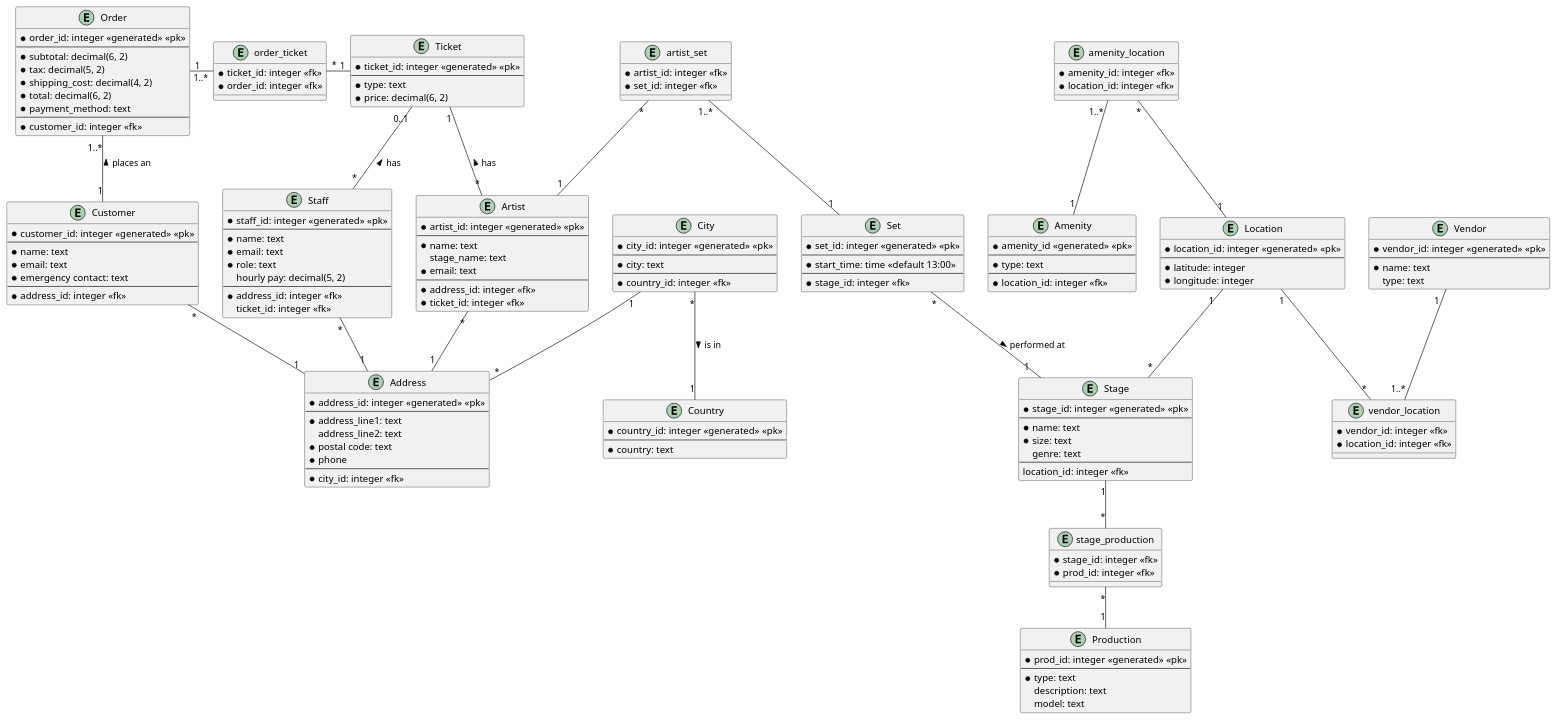
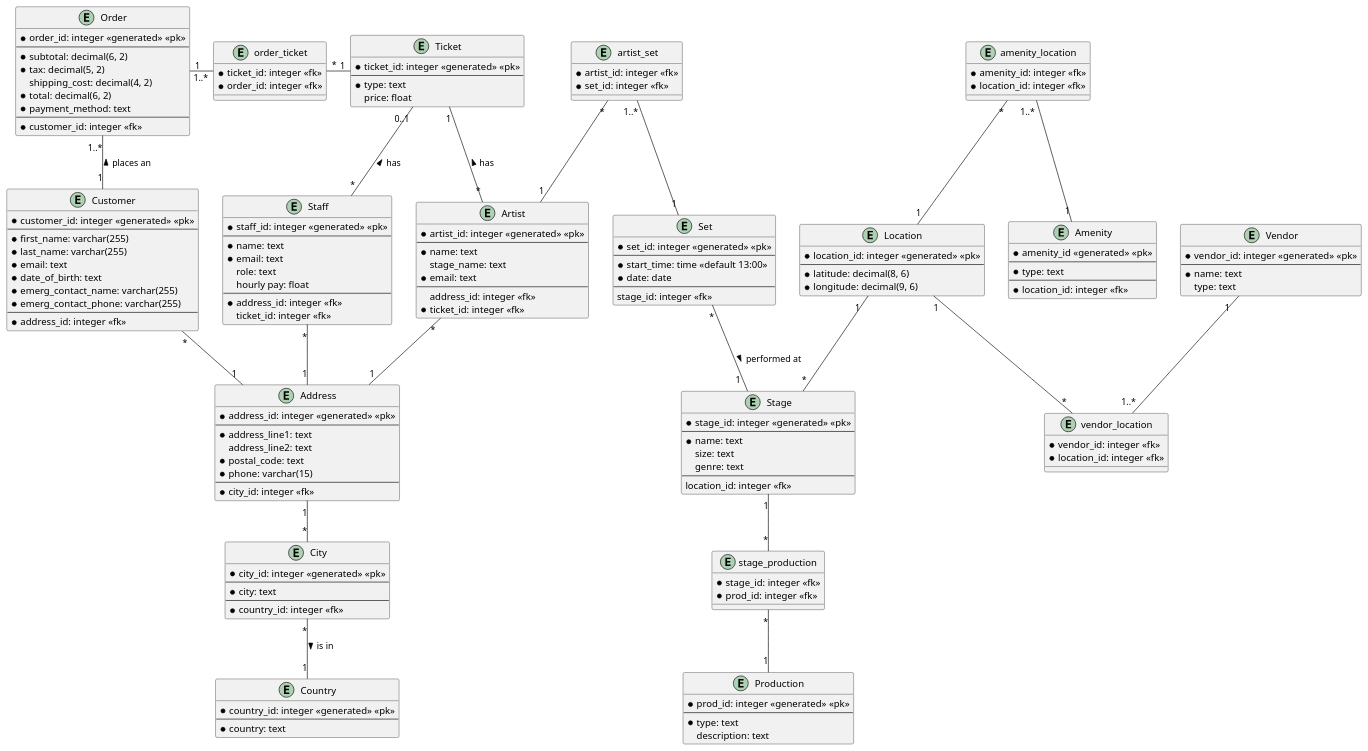
The diagram in physical_2395018_1887026.md (tristandasilva/cosmic_queries), drawn with PlantUML before and after one commit. The commit also changed other lines of this file and 1 other file, not shown here.

Commit message:
Modifications to physical diagram, addition of create file

```diff
--- a/physical_2395018_1887026.md
+++ b/physical_2395018_1887026.md
@@ -12,7 +5,7 @@
     * ticket_id: integer <<generated>> <<pk>>
     --
     * type: text
-    * price: decimal(6, 2)
+    price: float
 }
 
 entity Order {
@@ -20,7 +13,7 @@
     --
     * subtotal: decimal(6, 2)
     * tax: decimal(5, 2)
-    * shipping_cost: decimal(4, 2)
+    shipping_cost: decimal(4, 2)
     * total: decimal(6, 2)
     * payment_method: text
     --
@@ -35,9 +28,12 @@
 entity Customer {
     * customer_id: integer <<generated>> <<pk>>
     --
-    * name: text
+    * first_name: varchar(255)
+    * last_name: varchar(255)
     * email: text
-    * emergency contact: text
+    * date_of_birth: text
+    * emerg_contact_name: varchar(255)
+    * emerg_contact_phone: varchar(255)
     --
     * address_id: integer <<fk>>
 }
@@ -47,8 +43,8 @@
     --
     * name: text
     * email: text
-    * role: text
-    hourly pay: decimal(5, 2)
+    role: text
+    hourly pay: float
     --
     * address_id: integer <<fk>>
     ticket_id: integer <<fk>>
@@ -58,7 +54,7 @@
     * stage_id: integer <<generated>> <<pk>>
     --
     * name: text
-    * size: text
+    size: text
     genre: text
     --
     location_id: integer <<fk>>
@@ -76,8 +72,8 @@
     --
     * address_line1: text
     address_line2: text
-    * postal code: text
-    * phone
+    * postal_code: text
+    * phone: varchar(15)
     --
     * city_id: integer <<fk>>
 }
@@ -99,8 +95,8 @@
 entity Location {
     * location_id: integer <<generated>> <<pk>>
     --
-    * latitude: integer
-    * longitude: integer
+    * latitude: decimal(8, 6)
+    * longitude: decimal(9, 6)
 }
 
 entity Amenity {
@@ -125,8 +121,9 @@
     * set_id: integer <<generated>> <<pk>>
     --
     * start_time: time <<default 13:00>>
+    * date: date
     --
-    * stage_id: integer <<fk>>
+    stage_id: integer <<fk>>
 }
 
 entity Artist {
@@ -136,7 +133,7 @@
     stage_name: text
     * email: text
     --
-    * address_id: integer <<fk>>
+    address_id: integer <<fk>>
     * ticket_id: integer <<fk>>
 }
 
@@ -150,7 +147,6 @@
     --
     * type: text
     description: text
-    model: text
 }
 
 entity stage_production {
@@ -172,7 +168,7 @@
 Artist "*" -- "1" Address
 Staff "*" -- "1" Address
 Customer "*" -- "1" Address
-City "1" -- "*" Address
+Address "1" -- "*" City
 City "*" -- "1" Country: is in >
 Set "*" -- "1  " Stage: performed at >
 'Set "*" -- "*" Artist
```
